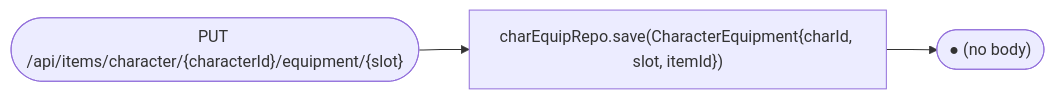
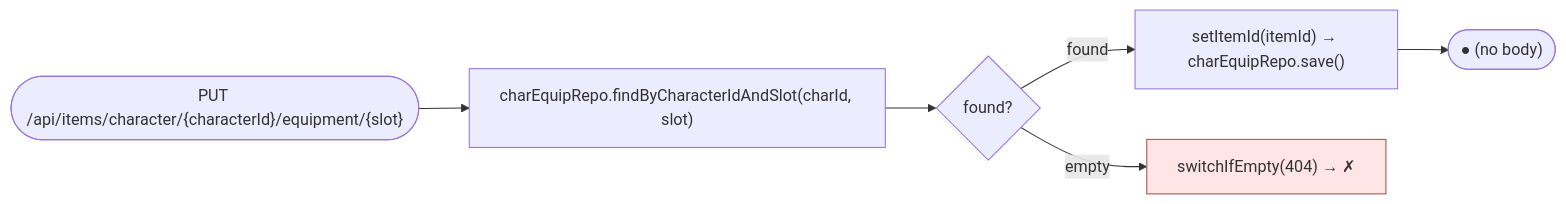
Diagram 37 of 48 in README.md (hugmesh/hugmesh-games), drawn with Mermaid before and after one commit. The commit also changed other lines of this file, not shown here.

````diff
--- a/README.md
+++ b/README.md
@@ -848,4 +859,7 @@
 ```mermaid
 flowchart LR
-    R(["PUT /api/items/character/{characterId}/equipment/{slot}"]) --> S["charEquipRepo.save(CharacterEquipment{charId, slot, itemId})"] --> O(["● (no body)"])
+    R(["PUT /api/items/character/{characterId}/equipment/{slot}"]) --> F["charEquipRepo.findByCharacterIdAndSlot(charId, slot)"] --> D{"found?"}
+    D -->|found| S["setItemId(itemId) → charEquipRepo.save()"] --> O(["● (no body)"])
+    D -->|empty| NF["switchIfEmpty(404) → ✗"]:::err
+    classDef err fill:#ffe5e5,stroke:#a14a4a;
 ```
````
